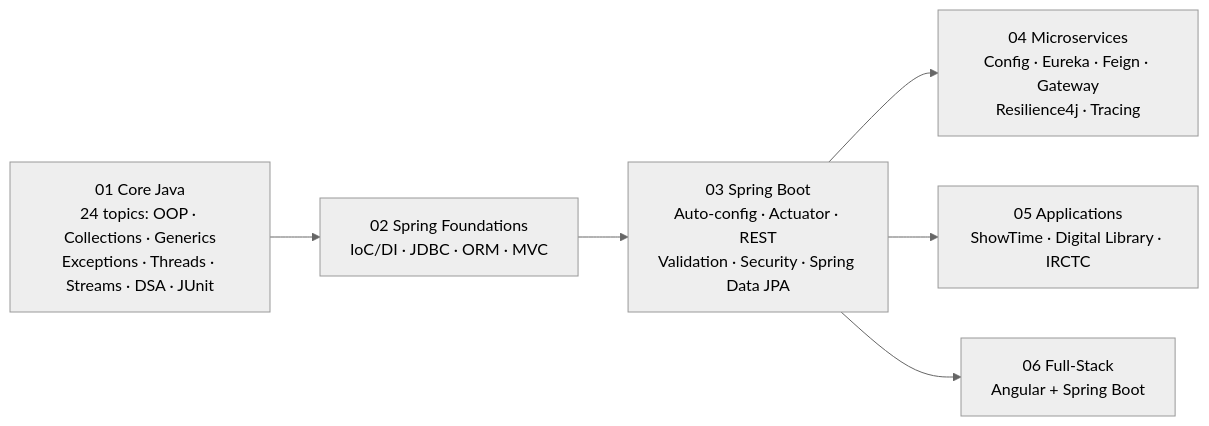
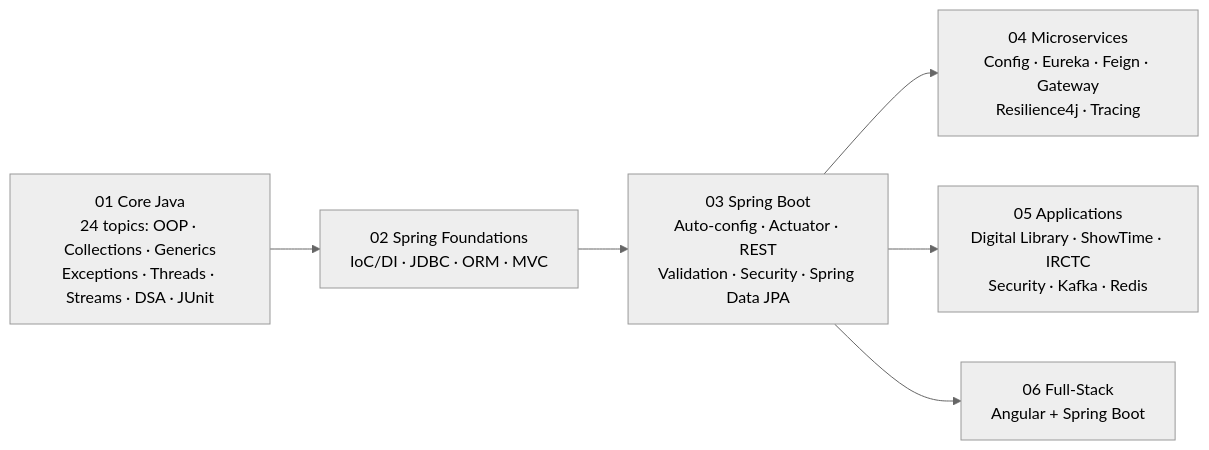
Before and after one commit to adityachauhan564/spring-framework: the diagram in README.md, drawn with Mermaid (neutral theme). The commit also changed other lines of this file and 4 other files, not shown here.

````diff
--- a/README.md
+++ b/README.md
@@ -7,8 +7,8 @@
 ```mermaid
 flowchart LR
     A["01 Core Java<br/>24 topics: OOP · Collections · Generics<br/>Exceptions · Threads · Streams · DSA · JUnit"] --> B["02 Spring Foundations<br/>IoC/DI · JDBC · ORM · MVC"]
     B --> C["03 Spring Boot<br/>Auto-config · Actuator · REST<br/>Validation · Security · Spring Data JPA"]
     C --> D["04 Microservices<br/>Config · Eureka · Feign · Gateway<br/>Resilience4j · Tracing"]
-    C --> E["05 Applications<br/>ShowTime · Digital Library · IRCTC"]
+    C --> E["05 Applications<br/>Digital Library · ShowTime · IRCTC<br/>Security · Kafka · Redis"]
     C --> F["06 Full-Stack<br/>Angular + Spring Boot"]
 ```
````
